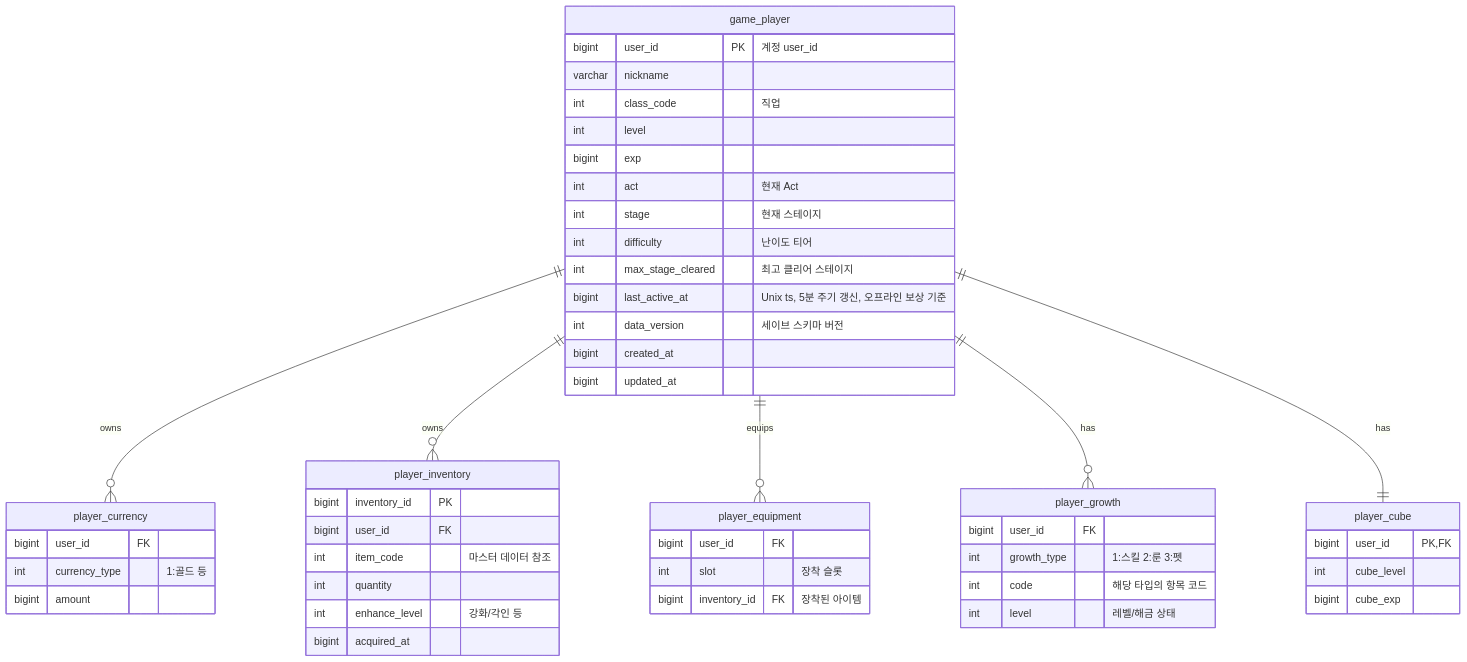
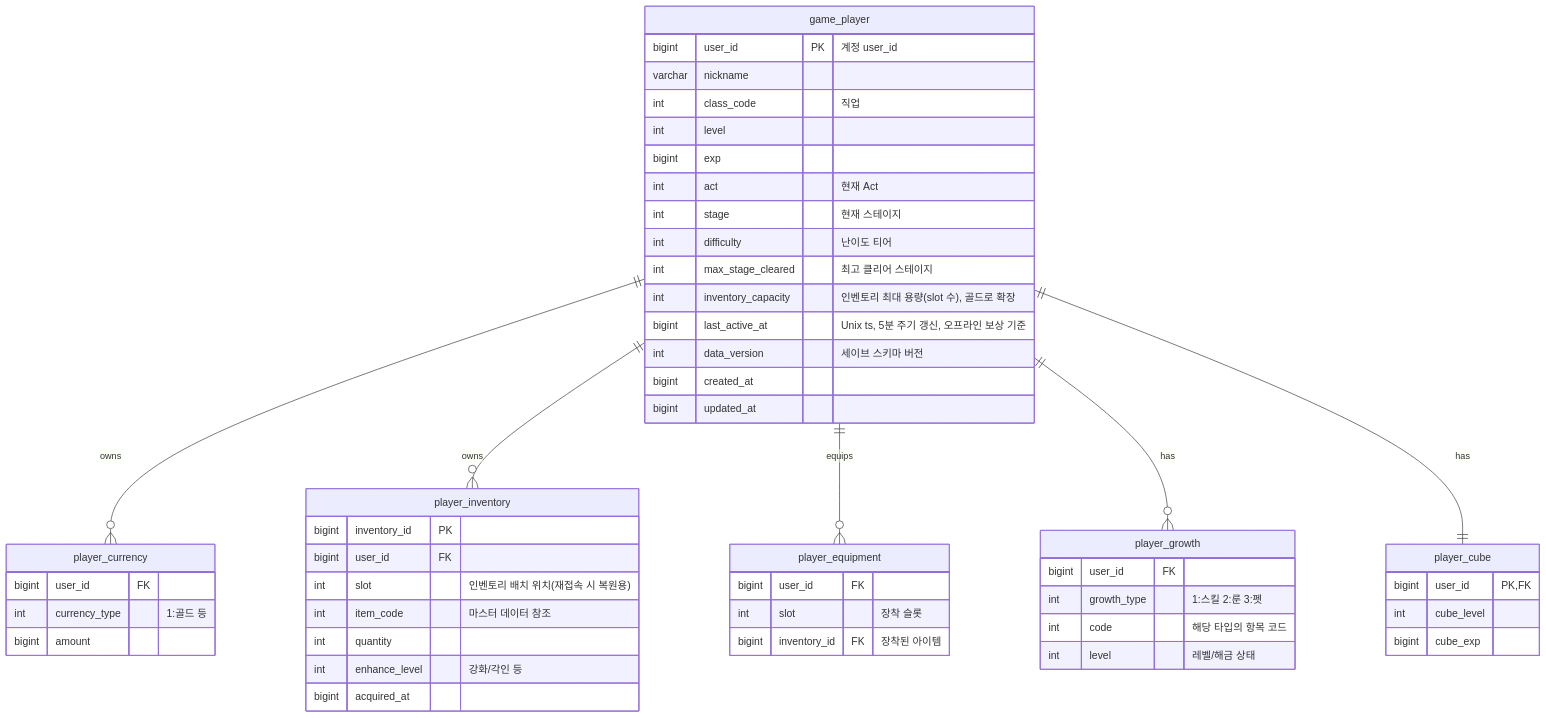
The diagram in docs/세부/save-data-기획서.md (ks-wook/com2us-taskbar-hero), drawn with Mermaid before and after one commit. The commit also changed other lines of this file and 6 other files, not shown here.

````diff
--- a/docs/세부/save-data-기획서.md
+++ b/docs/세부/save-data-기획서.md
@@ -30,58 +30,60 @@
 ```mermaid
 erDiagram
     game_player     ||--o{ player_currency  : owns
     game_player     ||--o{ player_inventory : owns
     game_player     ||--o{ player_equipment : equips
     game_player     ||--o{ player_growth    : has
     game_player     ||--|| player_cube      : has
 
     game_player {
         bigint  user_id PK "계정 user_id"
         varchar nickname
         int     class_code "직업"
         int     level
         bigint  exp
         int     act "현재 Act"
         int     stage "현재 스테이지"
         int     difficulty "난이도 티어"
         int     max_stage_cleared "최고 클리어 스테이지"
+        int     inventory_capacity "인벤토리 최대 용량(slot 수), 골드로 확장"
         bigint  last_active_at "Unix ts, 5분 주기 갱신, 오프라인 보상 기준"
         int     data_version "세이브 스키마 버전"
         bigint  created_at
         bigint  updated_at
     }
 
     player_currency {
         bigint  user_id FK
         int     currency_type "1:골드 등"
         bigint  amount
     }
 
     player_inventory {
         bigint  inventory_id PK
         bigint  user_id FK
+        int     slot "인벤토리 배치 위치(재접속 시 복원용)"
         int     item_code "마스터 데이터 참조"
         int     quantity
         int     enhance_level "강화/각인 등"
         bigint  acquired_at
     }
 
     player_equipment {
         bigint  user_id FK
         int     slot "장착 슬롯"
         bigint  inventory_id FK "장착된 아이템"
     }
 
     player_growth {
         bigint  user_id FK
         int     growth_type "1:스킬 2:룬 3:펫"
         int     code "해당 타입의 항목 코드"
         int     level "레벨/해금 상태"
     }
 
     player_cube {
         bigint  user_id PK,FK
         int     cube_level
         bigint  cube_exp
     }
 ```
````
